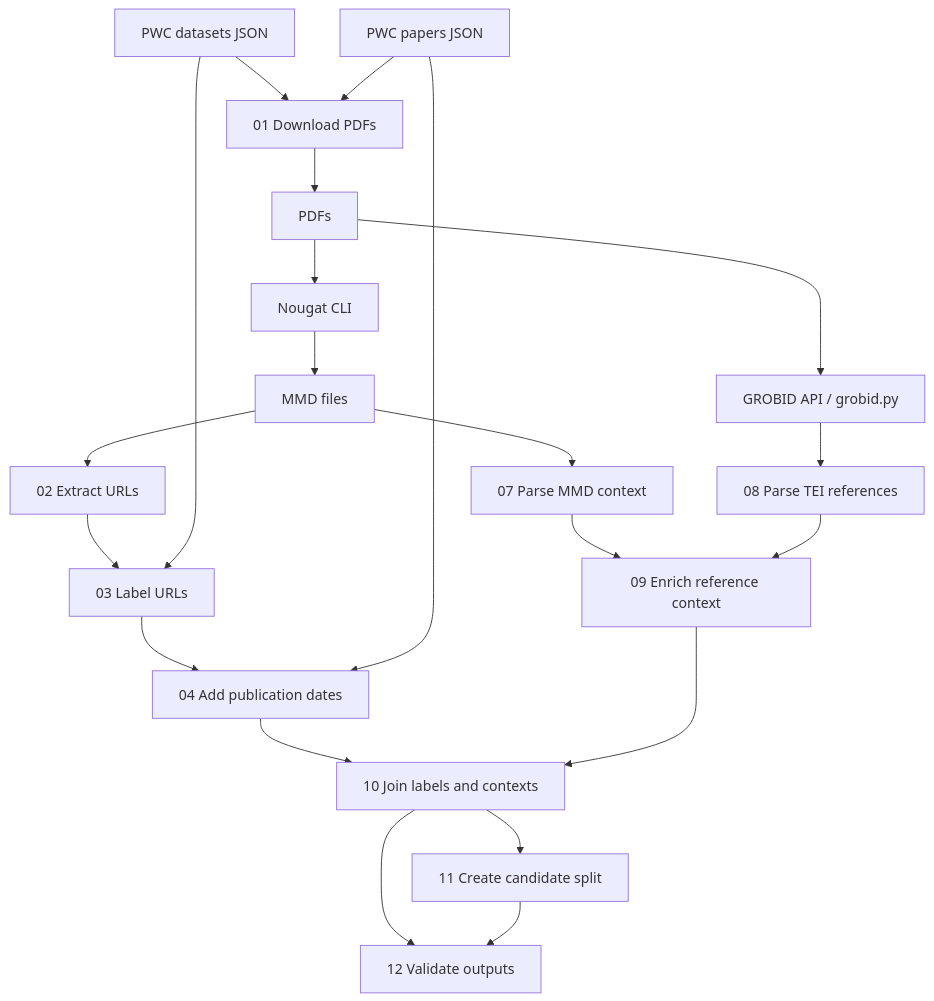
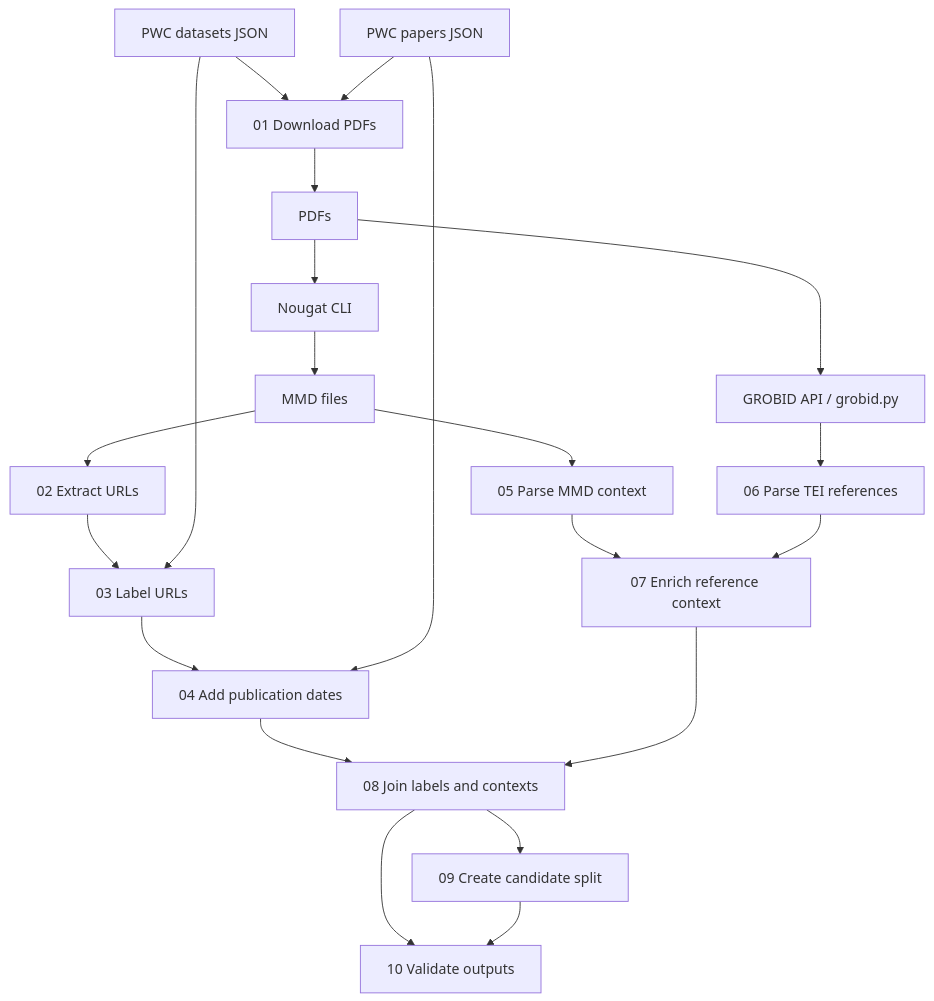
One commit to ryoma1014/data-producing changed the diagram in data_construction_release/README.md. Above: the diagram before and after it, drawn with Mermaid. The commit also changed other lines of this file and 39 other files, not shown here.

````diff
--- a/data_construction_release/README.md
+++ b/data_construction_release/README.md
@@ -13,23 +13,23 @@
 ```mermaid
 flowchart TD
     A[PWC datasets JSON] --> B[01 Download PDFs]
     P[PWC papers JSON] --> B
     B --> C[PDFs]
     C --> N[Nougat CLI]
     N --> M[MMD files]
     M --> E[02 Extract URLs]
     E --> L[03 Label URLs]
     A --> L
     L --> Y[04 Add publication dates]
     P --> Y
-    M --> F[07 Parse MMD context]
+    M --> F[05 Parse MMD context]
     C --> G[GROBID API / grobid.py]
-    G --> X[08 Parse TEI references]
-    F --> R[09 Enrich reference context]
+    G --> X[06 Parse TEI references]
+    F --> R[07 Enrich reference context]
     X --> R
-    Y --> J[10 Join labels and contexts]
+    Y --> J[08 Join labels and contexts]
     R --> J
-    J --> S[11 Create candidate split]
-    J --> V[12 Validate outputs]
+    J --> S[09 Create candidate split]
+    J --> V[10 Validate outputs]
     S --> V
 ```
````
